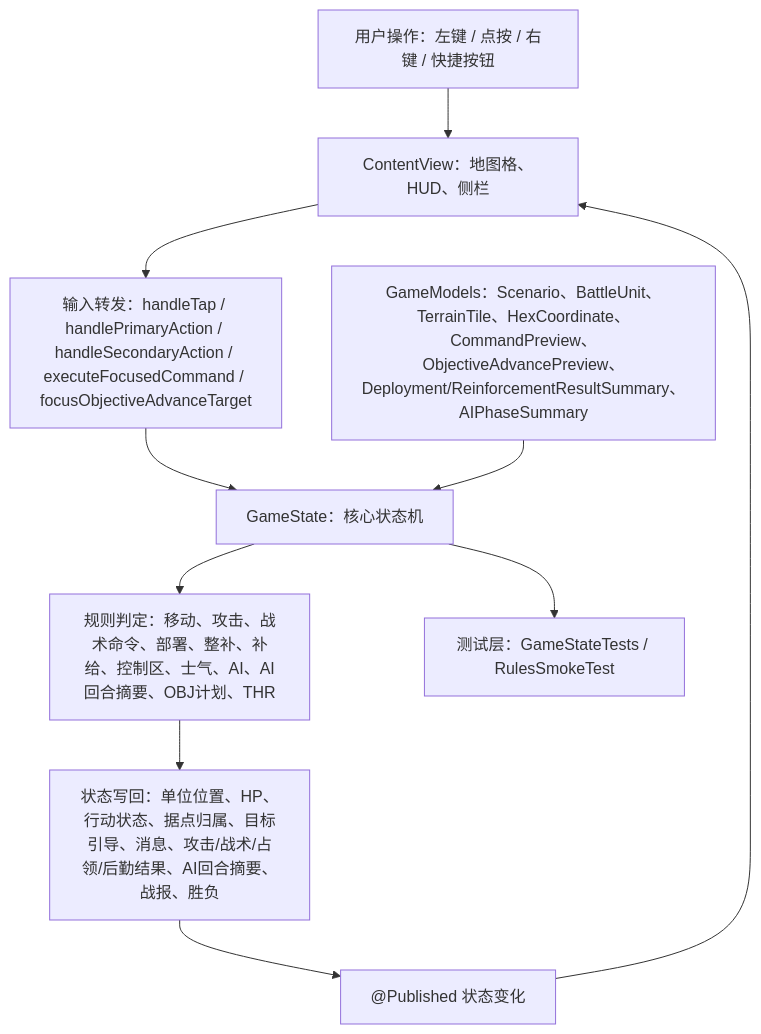
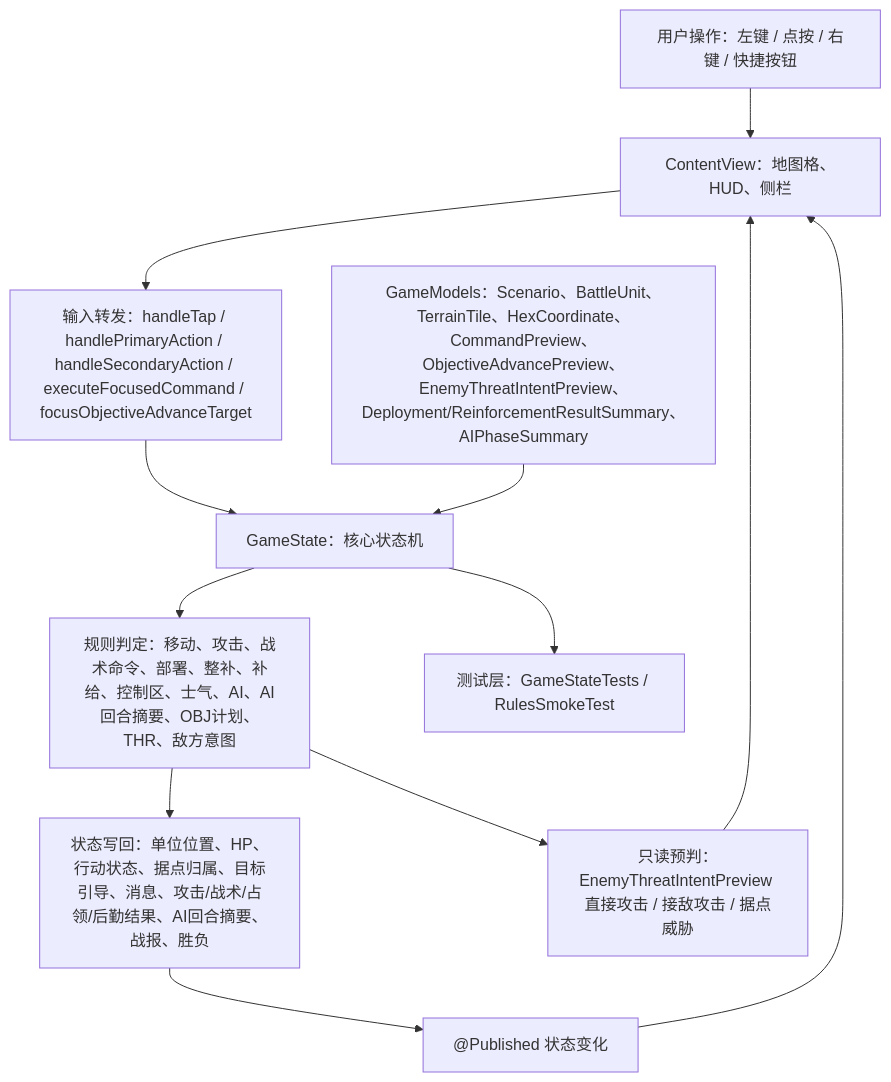
The first of 5 diagrams in md/flow/flowchart.md (Altman-sam114/116), drawn with Mermaid before and after one commit. The commit also changed other lines of this file and 10 other files, not shown here.

Commit message:
v1.10: 增强敌方威胁意图预判

````diff
--- a/md/flow/flowchart.md
+++ b/md/flow/flowchart.md
@@ -9,12 +9,14 @@
 ```mermaid
 flowchart TD
   U["用户操作：左键 / 点按 / 右键 / 快捷按钮"] --> V["ContentView：地图格、HUD、侧栏"]
   V --> I["输入转发：handleTap / handlePrimaryAction / handleSecondaryAction / executeFocusedCommand / focusObjectiveAdvanceTarget"]
   I --> S["GameState：核心状态机"]
-  M["GameModels：Scenario、BattleUnit、TerrainTile、HexCoordinate、CommandPreview、ObjectiveAdvancePreview、Deployment/ReinforcementResultSummary、AIPhaseSummary"] --> S
-  S --> R["规则判定：移动、攻击、战术命令、部署、整补、补给、控制区、士气、AI、AI回合摘要、OBJ计划、THR"]
+  M["GameModels：Scenario、BattleUnit、TerrainTile、HexCoordinate、CommandPreview、ObjectiveAdvancePreview、EnemyThreatIntentPreview、Deployment/ReinforcementResultSummary、AIPhaseSummary"] --> S
+  S --> R["规则判定：移动、攻击、战术命令、部署、整补、补给、控制区、士气、AI、AI回合摘要、OBJ计划、THR、敌方意图"]
   R --> W["状态写回：单位位置、HP、行动状态、据点归属、目标引导、消息、攻击/战术/占领/后勤结果、AI回合摘要、战报、胜负"]
+  R --> EI["只读预判：EnemyThreatIntentPreview 直接攻击 / 接敌攻击 / 据点威胁"]
   W --> P["@Published 状态变化"]
   P --> V
+  EI --> V
   S --> T["测试层：GameStateTests / RulesSmokeTest"]
 ```
````
